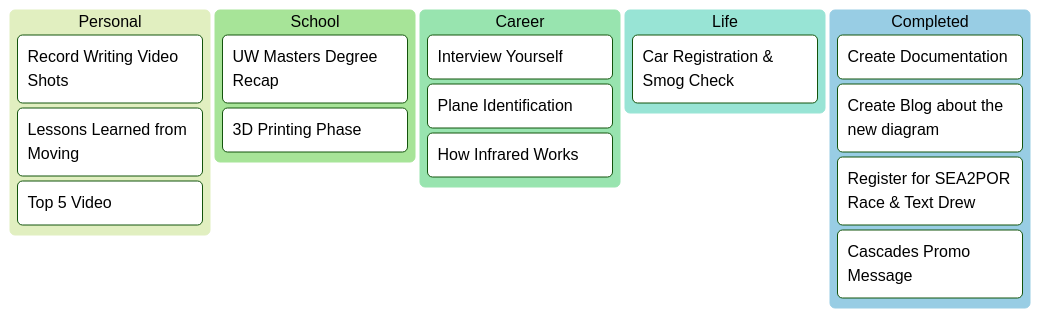
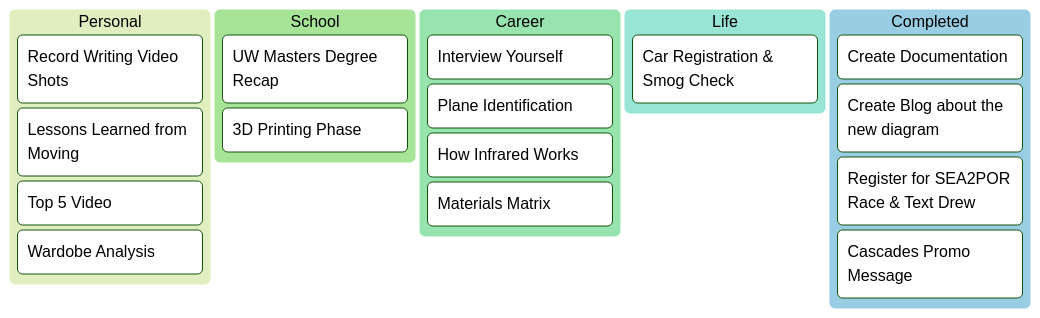
Before and after one commit to Bailey-Wu/Bailey-Wu: the second of 3 diagrams in Dashboard.md, drawn with Mermaid.

````diff
--- a/Dashboard.md
+++ b/Dashboard.md
@@ -33,22 +33,24 @@
 ```mermaid
 %%{init: {'theme':'forest'}}%%
 kanban
   [Personal]
     [Record Writing Video Shots]
     [Lessons Learned from Moving]
     [Top 5 Video]
+    [Wardobe Analysis]
   [School]
     [UW Masters Degree Recap]
     [3D Printing Phase]
   [Career]
     [Interview Yourself]
     [Plane Identification]
     [How Infrared Works]
+    [Materials Matrix]
   [Life]
     [Car Registration & Smog Check]
   [Completed]
     [Create Documentation]
     [Create Blog about the new diagram]
     [Register for SEA2POR Race & Text Drew]
     [Cascades Promo Message]
 ```
````
